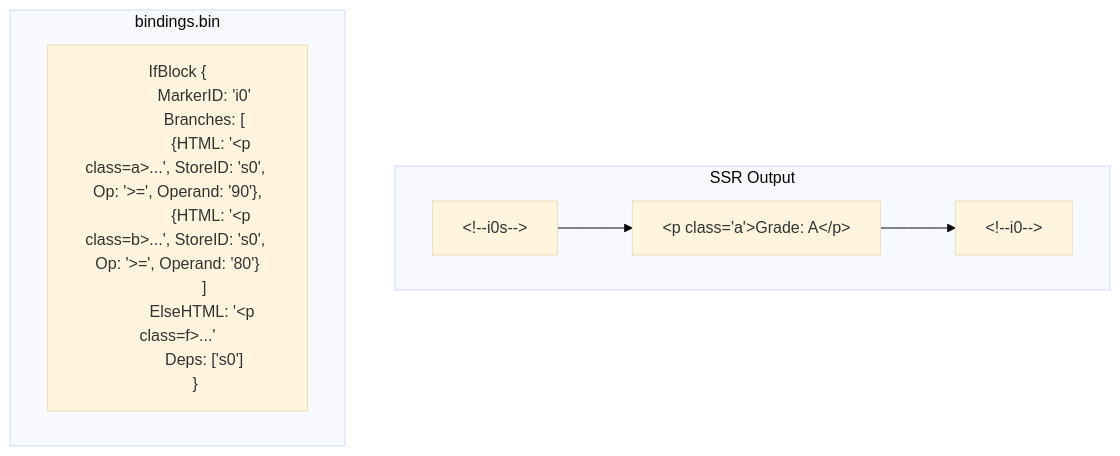
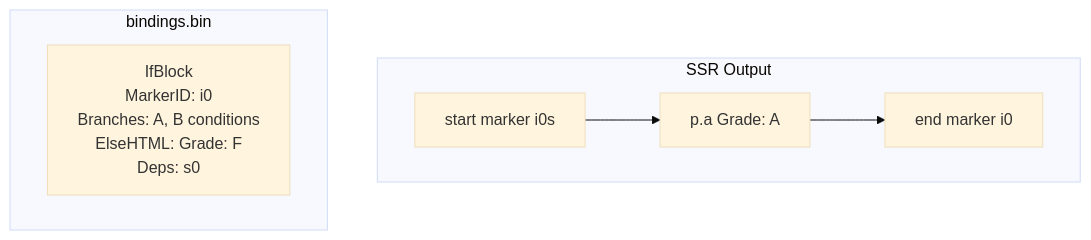
Before and after one commit to tbocek/preveltekit: the sixth of 12 diagrams in new/ARCHITECTURE.md, drawn with Mermaid (base theme). The commit also changed other lines of this file, not shown here.

````diff
--- a/new/ARCHITECTURE.md
+++ b/new/ARCHITECTURE.md
@@ -385,18 +385,14 @@
 ```mermaid
 graph TD
     subgraph "SSR Output"
-        A["&lt;!--i0s--&gt;"] --> B["&lt;p class='a'&gt;Grade: A&lt;/p&gt;"]
-        B --> C["&lt;!--i0--&gt;"]
+        A["start marker i0s"] --> B["p.a Grade: A"]
+        B --> C["end marker i0"]
     end
     subgraph "bindings.bin"
-        D["IfBlock {
-            MarkerID: 'i0'
-            Branches: [
-                {HTML: '&lt;p class=a&gt;...', StoreID: 's0', Op: '>=', Operand: '90'},
-                {HTML: '&lt;p class=b&gt;...', StoreID: 's0', Op: '>=', Operand: '80'}
-            ]
-            ElseHTML: '&lt;p class=f&gt;...'
-            Deps: ['s0']
-        }"]
+        D["IfBlock
+            MarkerID: i0
+            Branches: A, B conditions
+            ElseHTML: Grade: F
+            Deps: s0"]
     end
 ```
````
